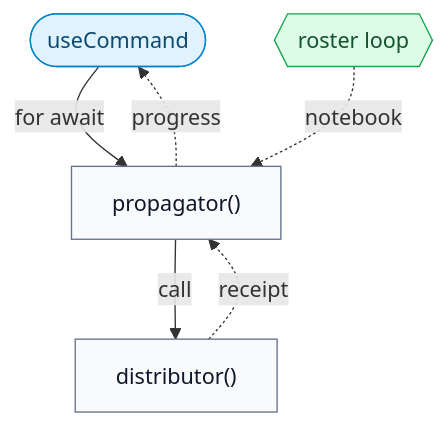
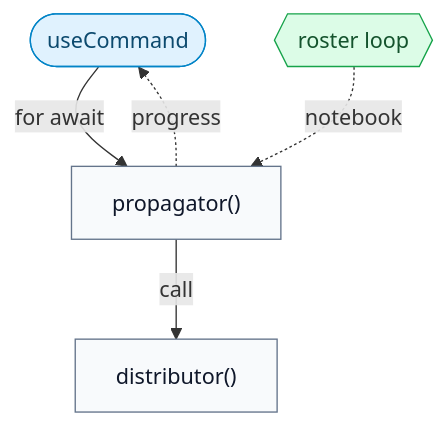
Before and after one commit to correxit/correxit: the first of 3 diagrams in DESIGN.md, drawn with Mermaid. The commit also changed other lines of this file and 4 other files, not shown here.

````diff
--- a/DESIGN.md
+++ b/DESIGN.md
@@ -130,17 +130,16 @@
 ```mermaid
 flowchart TB
   classDef ui fill:#e0f2fe,stroke:#0284c7,color:#0c4a6e,stroke-width:1px
   classDef gen fill:#f8fafc,stroke:#64748b,color:#0f172a,stroke-width:1px
   classDef src fill:#dcfce7,stroke:#16a34a,color:#14532d,stroke-width:1px
 
     UI(["useCommand"]):::ui
     P["propagator()"]:::gen
     D["distributor()"]:::gen
     R{{"roster loop"}}:::src
 
   UI -->|for await| P
   P -->|call| D
   R -. notebook .-> P
-  D -. receipt .-> P
   P -. progress .-> UI
 ```
````
